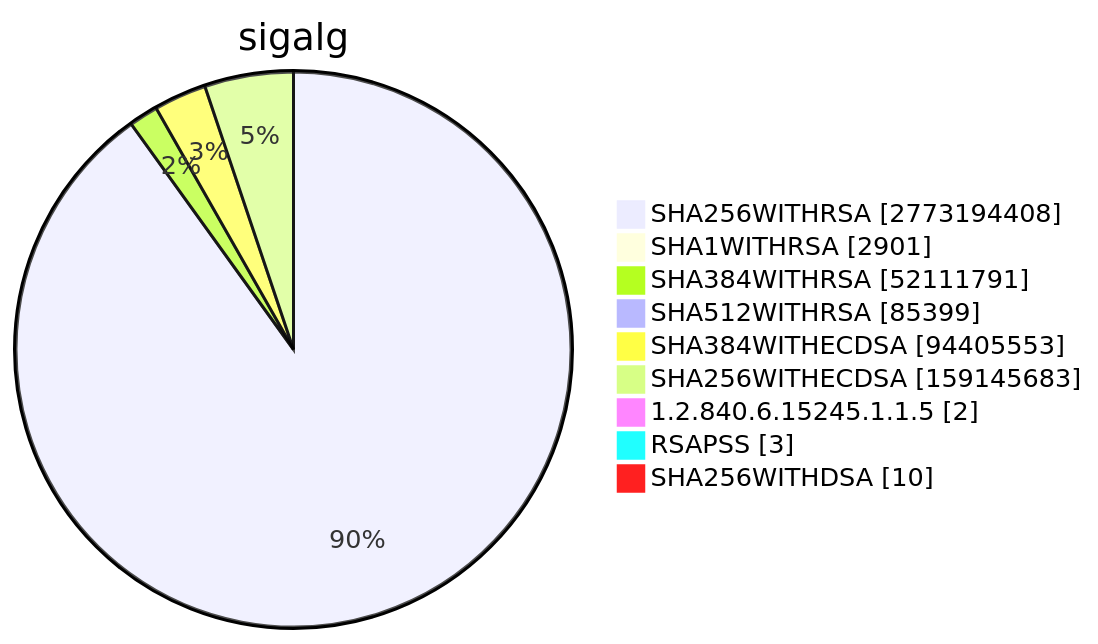
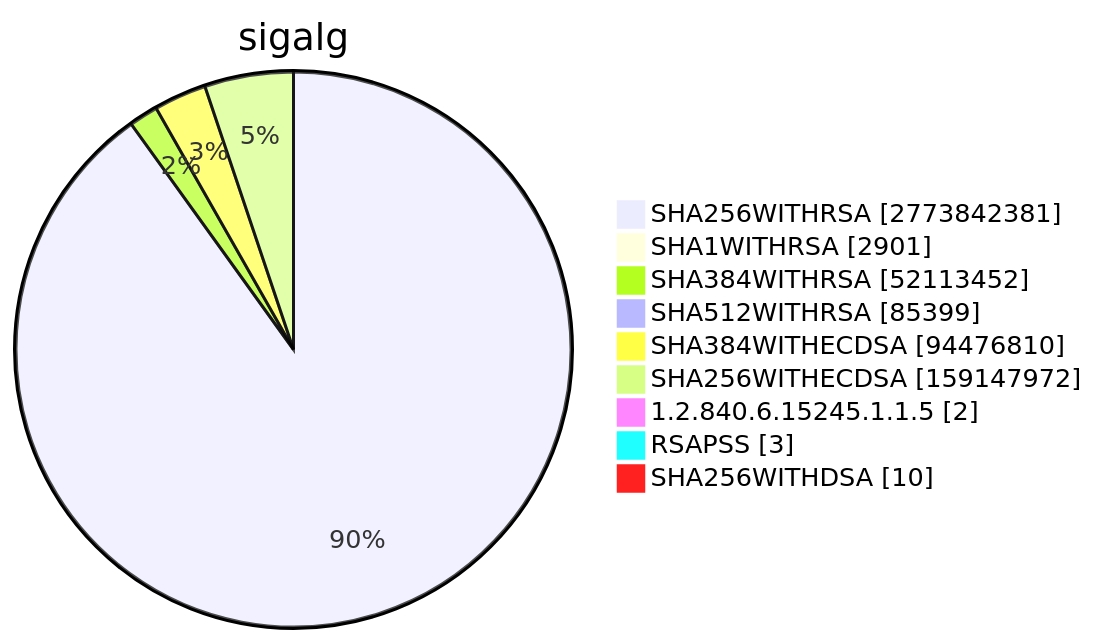
Diagram 15 of 15 in TOTAL/README.md (christiankrug/ctmonitor_visualization), drawn with Mermaid before and after one commit. The commit also changed other lines of this file, not shown here.

````diff
--- a/TOTAL/README.md
+++ b/TOTAL/README.md
@@ -6205,13 +6205,13 @@
 ```mermaid
 pie showData
 title sigalg
-"SHA256WITHRSA" :2773194408
+"SHA256WITHRSA" :2773842381
 "SHA1WITHRSA" :2901
-"SHA384WITHRSA" :52111791
+"SHA384WITHRSA" :52113452
 "SHA512WITHRSA" :85399
-"SHA384WITHECDSA" :94405553
-"SHA256WITHECDSA" :159145683
+"SHA384WITHECDSA" :94476810
+"SHA256WITHECDSA" :159147972
 "1.2.840.6.15245.1.1.5" :2
 "RSAPSS" :3
 "SHA256WITHDSA" :10
 ```
````
